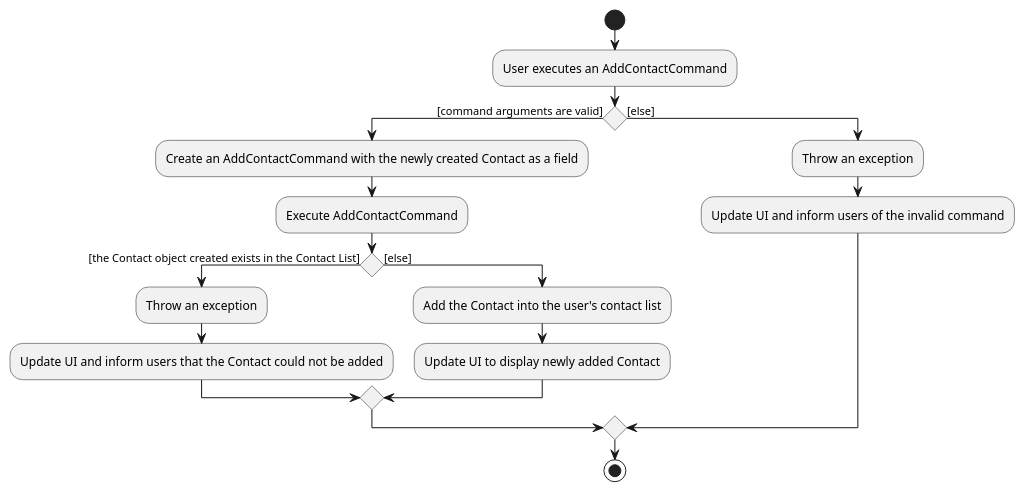
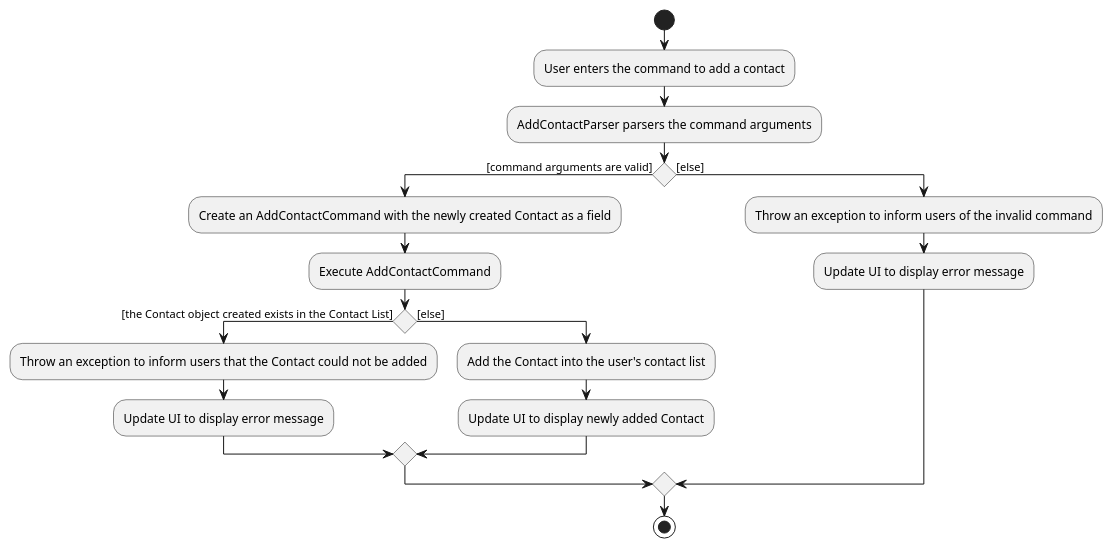
One commit to nus-cs2103-AY2021S1/tp changed the diagram in docs/diagrams/contact/AddContactCommandActivityDiagram.puml. Above: the diagram before and after it, drawn with PlantUML. The commit also changed 6 other files, not shown here.

Commit message:
Create UML diagrams related to FindTaskCommand

```diff
--- a/docs/diagrams/contact/AddContactCommandActivityDiagram.puml
+++ b/docs/diagrams/contact/AddContactCommandActivityDiagram.puml
@@ -1,25 +1,27 @@
 @startuml
 
 start
 
-:User executes an AddContactCommand;
+:User enters the command to add a contact;
+
+:AddContactParser parsers the command arguments;
 
 if () then ([command arguments are valid])
         :Create an AddContactCommand with the newly created Contact as a field;
         :Execute AddContactCommand;
         if() then ([the Contact object created exists in the Contact List])
-            :Throw an exception;
-            :Update UI and inform users that the Contact could not be added;
+            :Throw an exception to inform users that the Contact could not be added;
+            :Update UI to display error message;
         else ([else])
             :Add the Contact into the user's contact list;
             :Update UI to display newly added Contact;
         endif
 else ([else])
-        :Throw an exception;
-        :Update UI and inform users of the invalid command;
+        :Throw an exception to inform users of the invalid command;
+        :Update UI to display error message;
 
 endif
 
 stop
 
 @enduml
```
